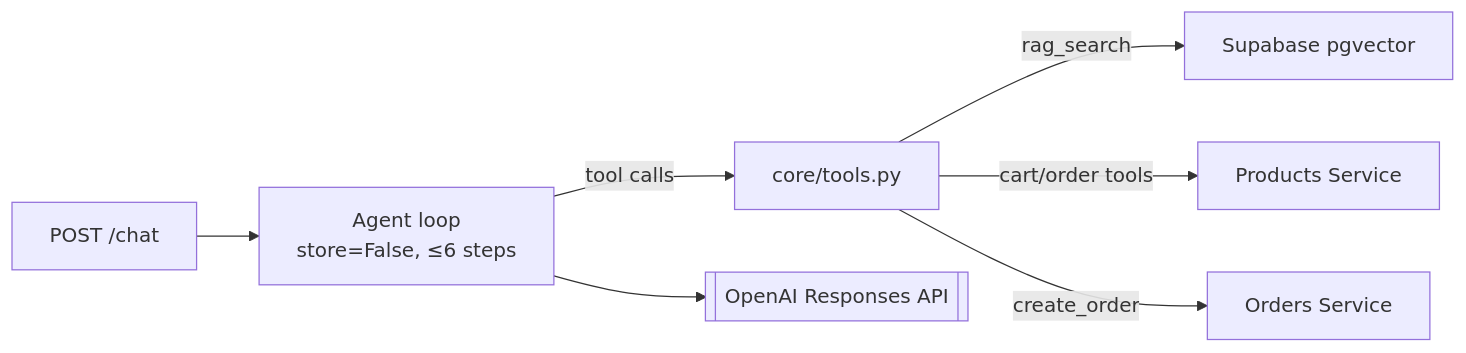
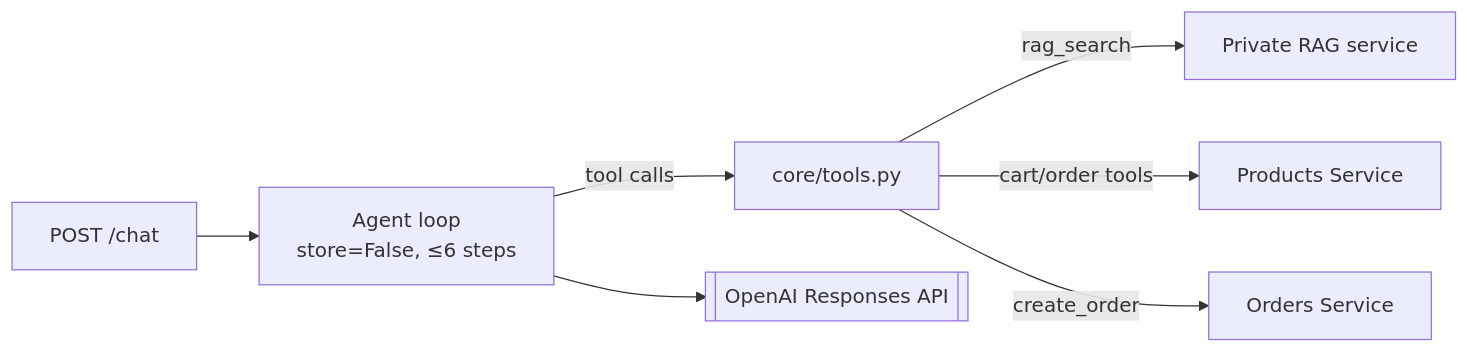
The diagram in services/chatbot/README.md (ChristianMendozaa/UCB-e-commerce), drawn with Mermaid before and after one commit. The commit also changed other lines of this file and 27 other files, not shown here.

````diff
--- a/services/chatbot/README.md
+++ b/services/chatbot/README.md
@@ -11,9 +11,9 @@
 ```mermaid
 graph LR
     Chat["POST /chat"] --> Loop[Agent loop\nstore=False, ≤6 steps]
     Loop -->|tool calls| Tools[core/tools.py]
-    Tools -->|rag_search| RAG[Supabase pgvector]
+    Tools -->|rag_search| RAG[Private RAG service]
     Tools -->|cart/order tools| Products[Products Service]
     Tools -->|create_order| Orders[Orders Service]
     Loop --> OpenAI[[OpenAI Responses API]]
 ```
````
